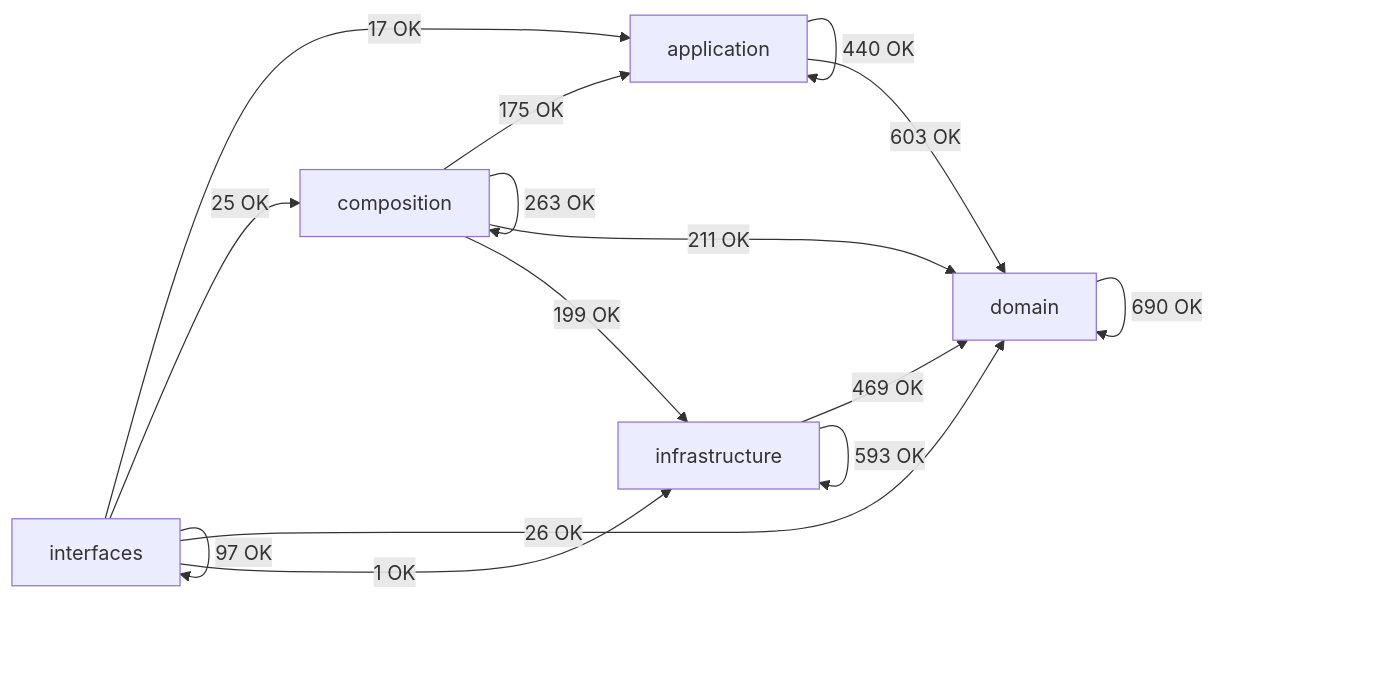
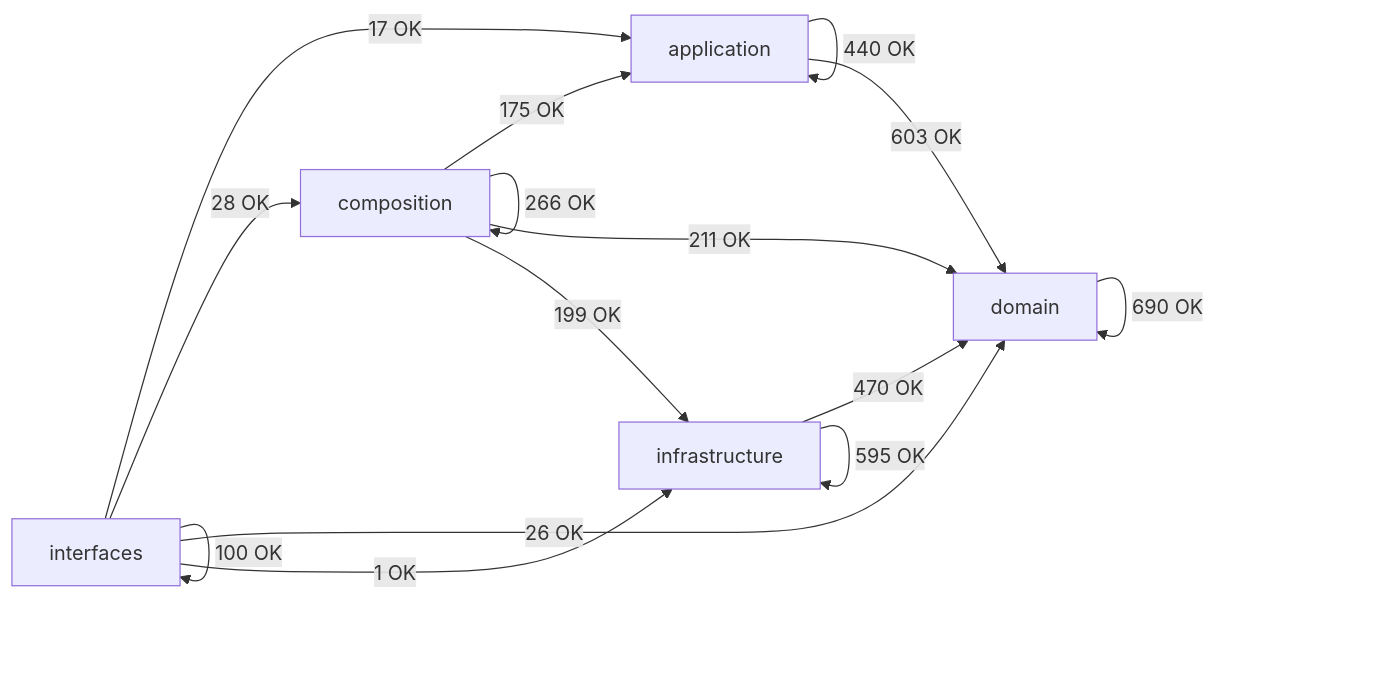
The diagram in docs/02-architecture/generated/module-dependency-map.md (SatoryKono/BioactivityDataAcquisition), drawn with Mermaid before and after one commit. The commit also changed other lines of this file and 33 other files, not shown here.

````diff
--- a/docs/02-architecture/generated/module-dependency-map.md
+++ b/docs/02-architecture/generated/module-dependency-map.md
@@ -16,22 +16,22 @@
 ```mermaid
 flowchart LR
     domain[domain]
     application[application]
     infrastructure[infrastructure]
     composition[composition]
     interfaces[interfaces]
     application -->|440 OK| application
     application -->|603 OK| domain
     composition -->|175 OK| application
-    composition -->|263 OK| composition
+    composition -->|266 OK| composition
     composition -->|211 OK| domain
     composition -->|199 OK| infrastructure
     domain -->|690 OK| domain
-    infrastructure -->|469 OK| domain
-    infrastructure -->|593 OK| infrastructure
+    infrastructure -->|470 OK| domain
+    infrastructure -->|595 OK| infrastructure
     interfaces -->|17 OK| application
-    interfaces -->|25 OK| composition
+    interfaces -->|28 OK| composition
     interfaces -->|26 OK| domain
     interfaces -->|1 OK| infrastructure
-    interfaces -->|97 OK| interfaces
+    interfaces -->|100 OK| interfaces
 ```
````
